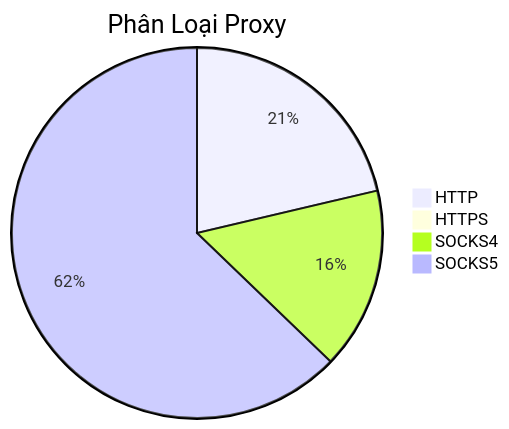
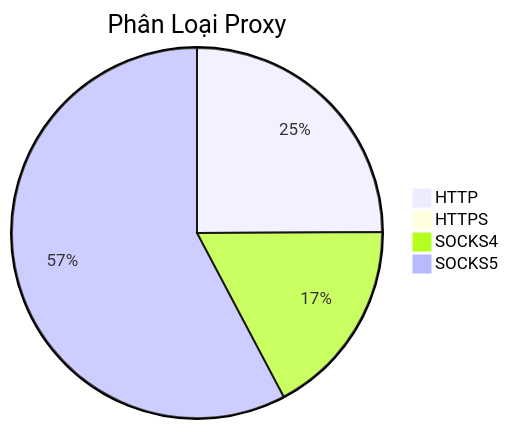
Before and after one commit to Ciara-Aa/PROXY-free: the diagram in README.md, drawn with Mermaid. The commit also changed other lines of this file and 4 other files, not shown here.

````diff
--- a/README.md
+++ b/README.md
@@ -26,7 +26,7 @@
 ```mermaid
 pie title Phân Loại Proxy
-    "HTTP" : 364
-    "HTTPS" : 10
-    "SOCKS4" : 271
-    "SOCKS5" : 1072
+    "HTTP" : 365
+    "HTTPS" : 9
+    "SOCKS4" : 254
+    "SOCKS5" : 846
 ```
````
